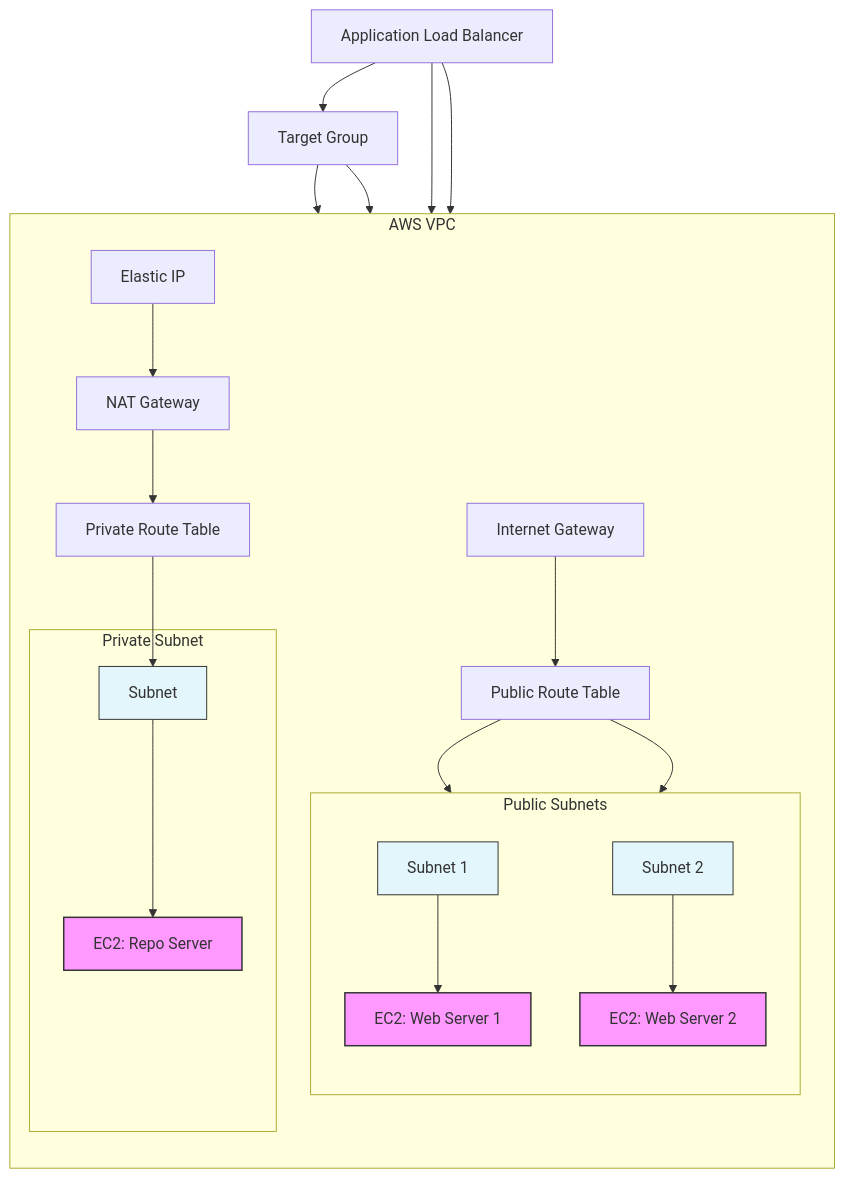
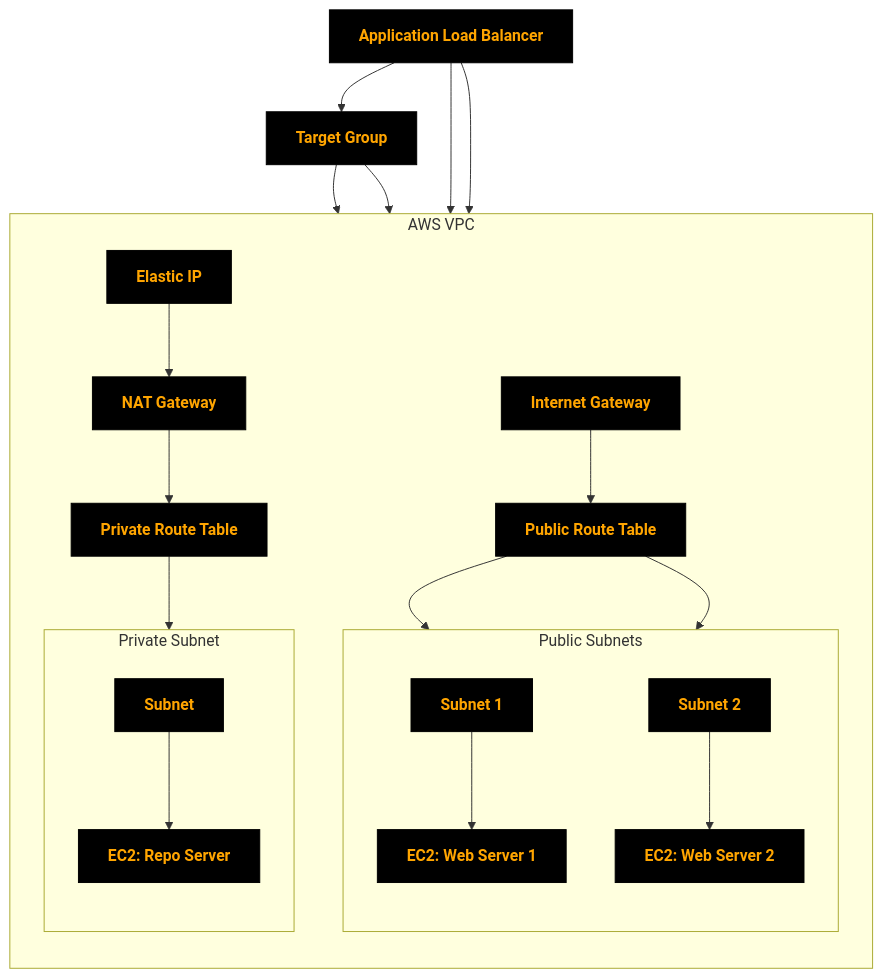
The diagram in Projects/Project-1/README.md (khannashiv/Terraform-Practice), drawn with Mermaid before and after one commit.

````diff
--- a/Projects/Project-1/README.md
+++ b/Projects/Project-1/README.md
@@ -23,63 +23,57 @@
 ```mermaid
-flowchart TD
-
-  %% VPC Container
-  subgraph AWS_VPC [AWS VPC]
+flowchart TB
+  %% VPC Group
+  subgraph AWS_VPC ["AWS VPC"]
     direction TB
 
     %% Public Subnets & Resources
-    subgraph Public_Subnets [Public Subnets]
+    subgraph Public_Subnets ["Public Subnets"]
       direction TB
       pub1[Subnet 1]
+      web1[EC2: Web Server 1]
       pub2[Subnet 2]
-      web1[EC2: Web Server 1]
       web2[EC2: Web Server 2]
-      pub1 --> web1
-      pub2 --> web2
     end
 
     %% Private Subnet & Resources
-    subgraph Private_Subnet [Private Subnet]
+    subgraph Private_Subnet ["Private Subnet"]
+      direction TB
       priv[Subnet]
       repo[EC2: Repo Server]
-      priv --> repo
     end
 
     %% Routing & Gateways
     igw[Internet Gateway]
+    eip[Elastic IP]
     nat[NAT Gateway]
-    eip[Elastic IP]
     rt_pub[Public Route Table]
     rt_priv[Private Route Table]
-
-    igw --> rt_pub
-    rt_pub --> pub1
-    rt_pub --> pub2
-
-    eip --> nat
-    nat --> rt_priv
-    rt_priv --> priv
   end
 
   %% Load Balancer Layer
   alb[Application Load Balancer]
   tg[Target Group]
 
+  %% Connections
+  igw --> rt_pub
+  rt_pub --> pub1
+  rt_pub --> pub2
+  pub1 --> web1
+  pub2 --> web2
+
+  eip --> nat
+  nat --> rt_priv
+  rt_priv --> priv
+  priv --> repo
+
   alb --> tg
   tg --> web1
   tg --> web2
-
-  %% External Access
   alb --> pub1
   alb --> pub2
 
-  %% Styling for clarity
-  classDef ec2 fill:#f9f,stroke:#333,stroke-width:1.5px;
-  class web1,web2,repo ec2;
-  classDef net fill:#e3f6fc,stroke:#333,stroke-width:1px;
-  class pub1,pub2,priv net;
-
-  %% Optional Notes
-  %% igw -.-> nat  %% IGW and NAT are not directly connected in AWS
+  %% Style Customizations
+  classDef blackbox fill:#000,stroke:#000,color:orange,font-weight:bold;
+  class alb,tg,web1,web2,repo,igw,nat,eip,rt_pub,rt_priv,pub1,pub2,priv blackbox;
 
 ```
````
